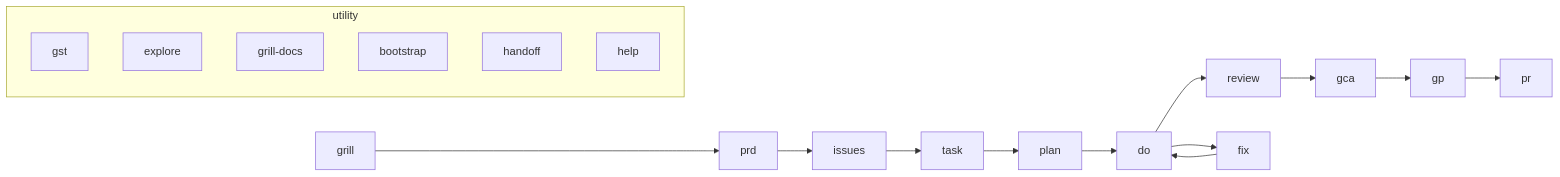
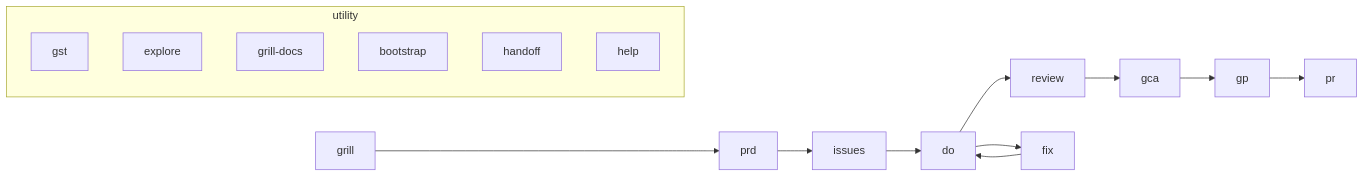
One commit to yokeloop/yoke changed the diagram in README.md. Above: the diagram before and after it, drawn with Mermaid. The commit also changed other lines of this file and 1 other file, not shown here.

Commit message:
#21 docs(21-do-universal-rework): update README/CLAUDE for universal do, deprecated task/plan

````diff
--- a/README.md
+++ b/README.md
@@ -3,15 +3,15 @@
 ```mermaid
 flowchart LR
-  grill --> prd --> issues --> task
-  task --> plan --> do --> review --> gca --> gp --> pr
+  grill --> prd --> issues --> do
+  do --> review --> gca --> gp --> pr
   do --> fix
   fix --> do
   subgraph utility
     gst
     explore
     grill-docs
     bootstrap
     handoff
     help
   end
 ```
````
